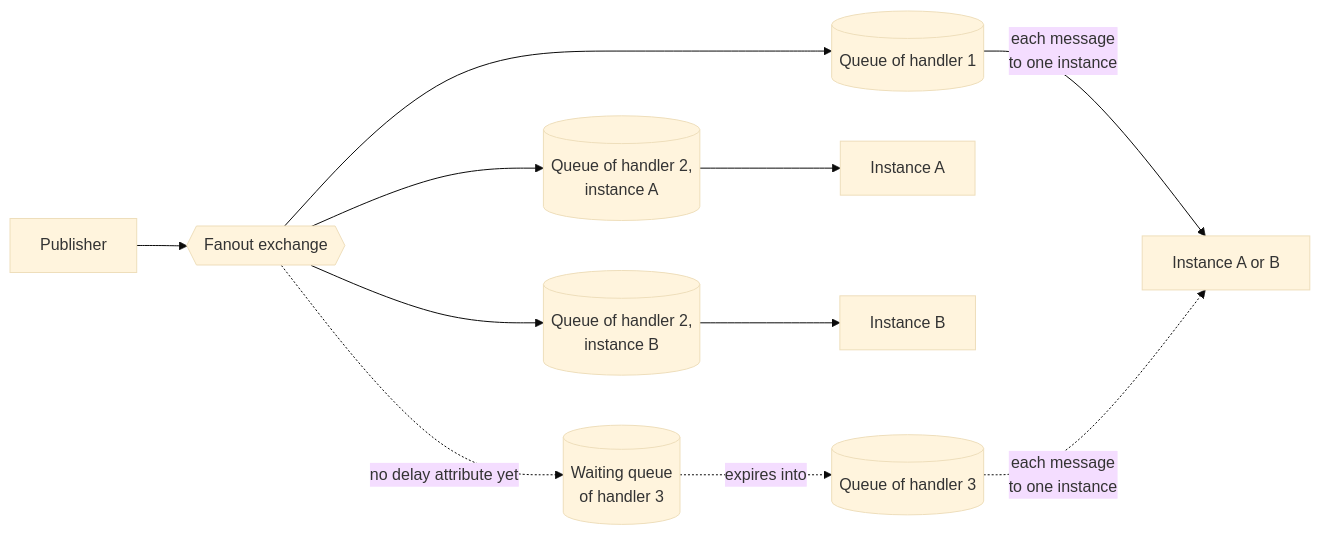
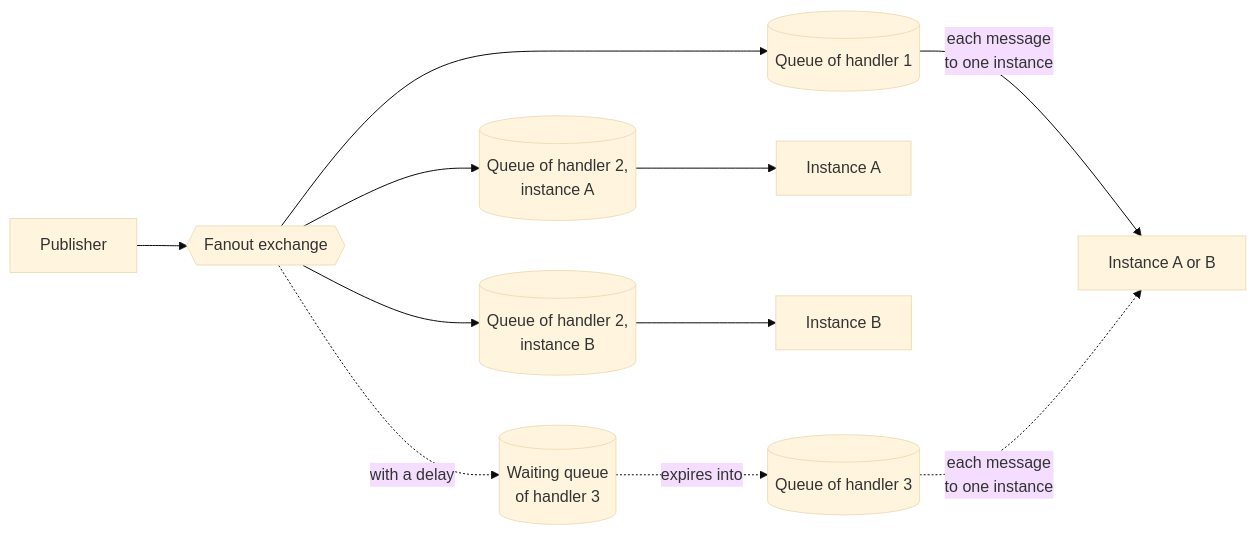
The third of 3 diagrams in docs/src/engineering/architecture/platform-events.md (mboisnard/drinkit), drawn with Mermaid (base theme) before and after one commit. The commit also changed other lines of this file and 29 other files, not shown here.

````diff
--- a/docs/src/engineering/architecture/platform-events.md
+++ b/docs/src/engineering/architecture/platform-events.md
@@ -65,10 +90,10 @@
 ```mermaid
 flowchart LR
   publisher[Publisher] --> exchange{{Fanout exchange}}
   exchange --> shared[("Queue of handler 1")]
   shared -- "each message<br/>to one instance" --> any[Instance A or B]
   exchange --> qa[("Queue of handler 2,<br/>instance A")] --> a[Instance A]
   exchange --> qb[("Queue of handler 2,<br/>instance B")] --> b[Instance B]
-  exchange -. "no delay attribute yet" .-> waiting[("Waiting queue<br/>of handler 3")] -. "expires into" .-> delayed[("Queue of handler 3")]
+  exchange -. "with a delay" .-> waiting[("Waiting queue<br/>of handler 3")] -. "expires into" .-> delayed[("Queue of handler 3")]
   delayed -. "each message<br/>to one instance" .-> any
 ```
````
